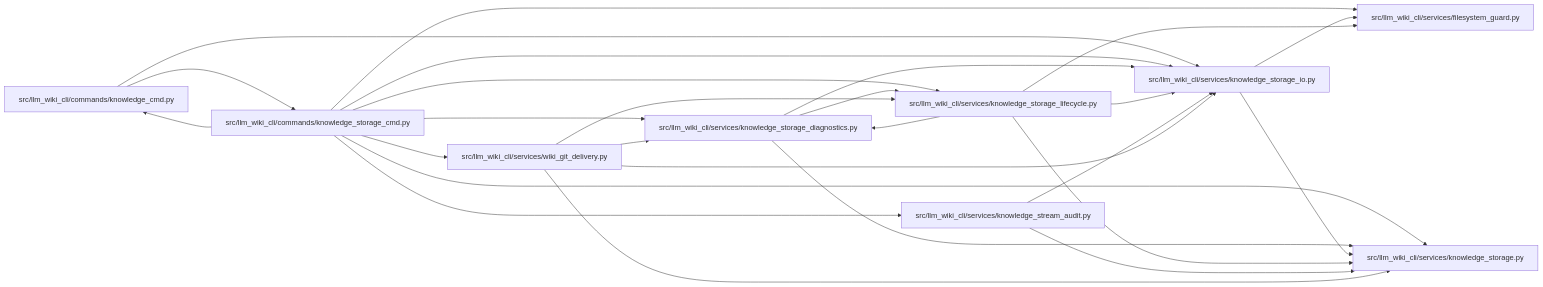
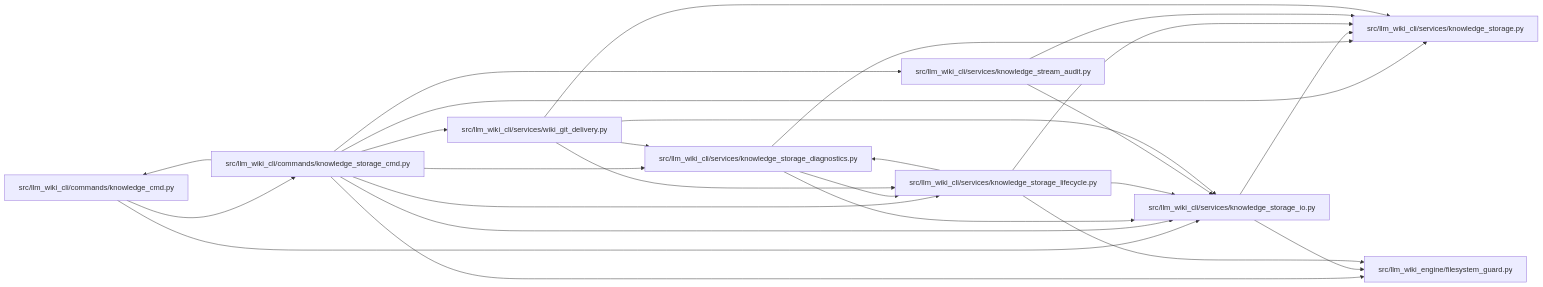
Before and after one commit to Denissvgn/python-wiki-llm: the diagram in docs/llm_wiki/modules/knowledge_storage_cmd.md, drawn with Mermaid. The commit also changed other lines of this file and 739 other files, not shown here.

First line of the commit message:
docs: refresh the wiki for the second engine batch

````diff
--- a/docs/llm_wiki/modules/knowledge_storage_cmd.md
+++ b/docs/llm_wiki/modules/knowledge_storage_cmd.md
@@ -28,46 +28,46 @@
 ```mermaid
 flowchart LR
     n0["src/llm_wiki_cli/commands/knowledge_cmd.py"]
     n1["src/llm_wiki_cli/commands/knowledge_storage_cmd.py"]
-    n2["src/llm_wiki_cli/services/filesystem_guard.py"]
-    n3["src/llm_wiki_cli/services/knowledge_storage.py"]
-    n4["src/llm_wiki_cli/services/knowledge_storage_diagnostics.py"]
-    n5["src/llm_wiki_cli/services/knowledge_storage_io.py"]
-    n6["src/llm_wiki_cli/services/knowledge_storage_lifecycle.py"]
-    n7["src/llm_wiki_cli/services/knowledge_stream_audit.py"]
-    n8["src/llm_wiki_cli/services/wiki_git_delivery.py"]
+    n2["src/llm_wiki_cli/services/knowledge_storage.py"]
+    n3["src/llm_wiki_cli/services/knowledge_storage_diagnostics.py"]
+    n4["src/llm_wiki_cli/services/knowledge_storage_io.py"]
+    n5["src/llm_wiki_cli/services/knowledge_storage_lifecycle.py"]
+    n6["src/llm_wiki_cli/services/knowledge_stream_audit.py"]
+    n7["src/llm_wiki_cli/services/wiki_git_delivery.py"]
+    n8["src/llm_wiki_engine/filesystem_guard.py"]
     n0 --> n1
-    n0 --> n5
+    n0 --> n4
     n1 --> n0
     n1 --> n2
     n1 --> n3
     n1 --> n4
     n1 --> n5
     n1 --> n6
     n1 --> n7
     n1 --> n8
-    n4 --> n3
-    n4 --> n5
-    n4 --> n6
+    n3 --> n2
+    n3 --> n4
+    n3 --> n5
+    n4 --> n2
+    n4 --> n8
     n5 --> n2
     n5 --> n3
+    n5 --> n4
+    n5 --> n8
     n6 --> n2
-    n6 --> n3
     n6 --> n4
-    n6 --> n5
+    n7 --> n2
     n7 --> n3
+    n7 --> n4
     n7 --> n5
-    n8 --> n3
-    n8 --> n4
-    n8 --> n5
-    n8 --> n6
     click n0 "../modules/knowledge_cmd.md"
     click n1 "../modules/knowledge_storage_cmd.md"
-    click n2 "../modules/filesystem_guard.md"
-    click n3 "../modules/knowledge_storage.md"
-    click n4 "../modules/knowledge_storage_diagnostics.md"
-    click n5 "../modules/knowledge_storage_io.md"
-    click n6 "../modules/knowledge_storage_lifecycle.md"
-    click n7 "../modules/knowledge_stream_audit.md"
-    click n8 "../modules/wiki_git_delivery.md"
+    click n2 "../modules/knowledge_storage.md"
+    click n3 "../modules/knowledge_storage_diagnostics.md"
+    click n4 "../modules/knowledge_storage_io.md"
+    click n5 "../modules/knowledge_storage_lifecycle.md"
+    click n6 "../modules/knowledge_stream_audit.md"
+    click n7 "../modules/wiki_git_delivery.md"
+    click n8 "../modules/filesystem_guard.md"
 ```
````
